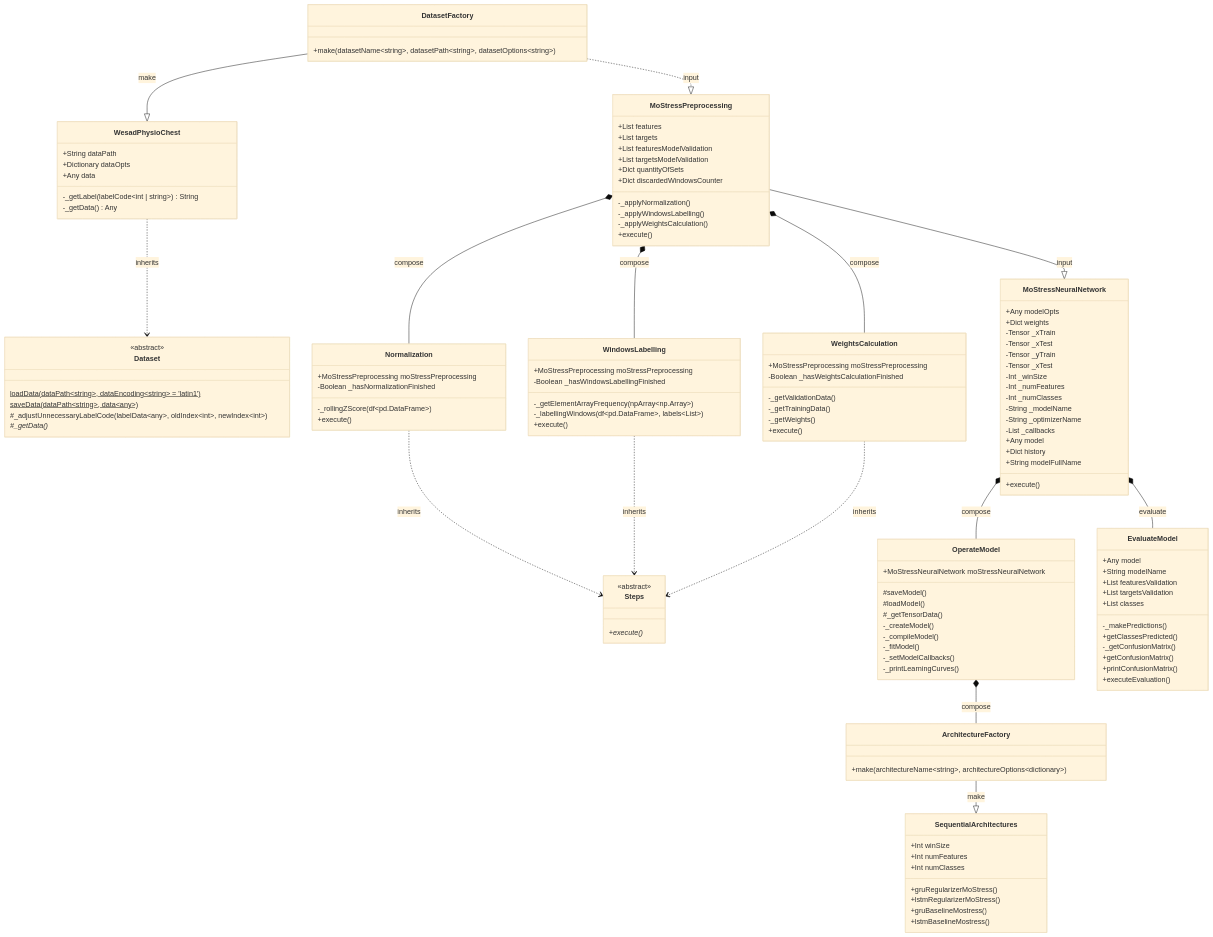
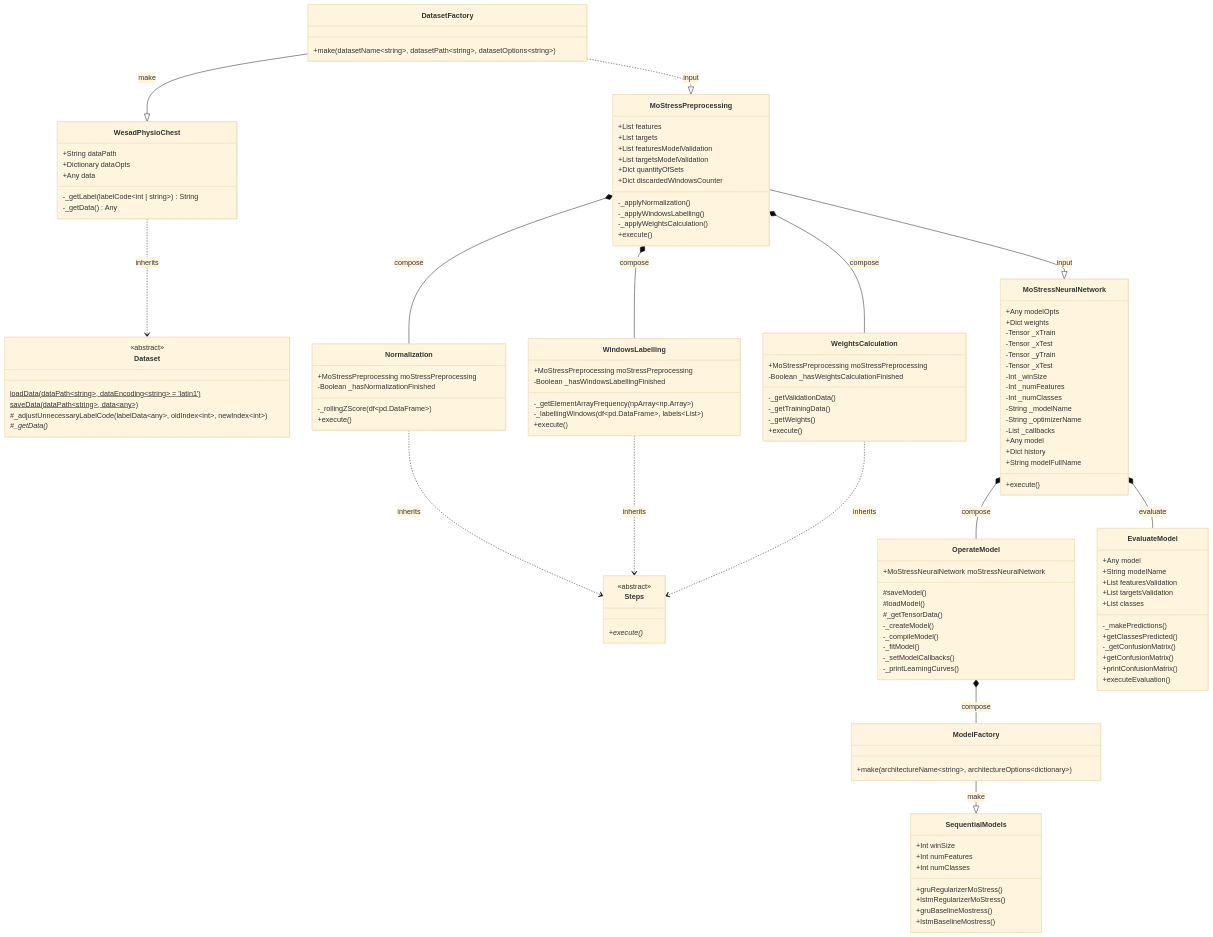
One commit to ramos-ai/MoStress changed the diagram in README.md. Above: the diagram before and after it, drawn with Mermaid (base theme). The commit also changed other lines of this file and 4 other files, not shown here.

```diff
--- a/README.md
+++ b/README.md
@@ -161,10 +161,10 @@
   WesadPhysioChest ..> Dataset: inherits
   DatasetFactory --|> WesadPhysioChest: make
 
-  class ArchitectureFactory {
+  class ModelFactory {
     +make(architectureName~string~, architectureOptions~dictionary~)
   }
-  class SequentialArchitectures{
+  class SequentialModels{
     +Int winSize
     +Int numFeatures
     +Int numClasses
@@ -220,8 +220,8 @@
     +execute()
   }
 
-ArchitectureFactory --|> SequentialArchitectures:make
-OperateModel *-- ArchitectureFactory: compose
+ModelFactory --|> SequentialModels:make
+OperateModel *-- ModelFactory: compose
 MoStressNeuralNetwork *-- OperateModel: compose
 MoStressNeuralNetwork *-- EvaluateModel: evaluate
 MoStressPreprocessing --|> MoStressNeuralNetwork: input
```
